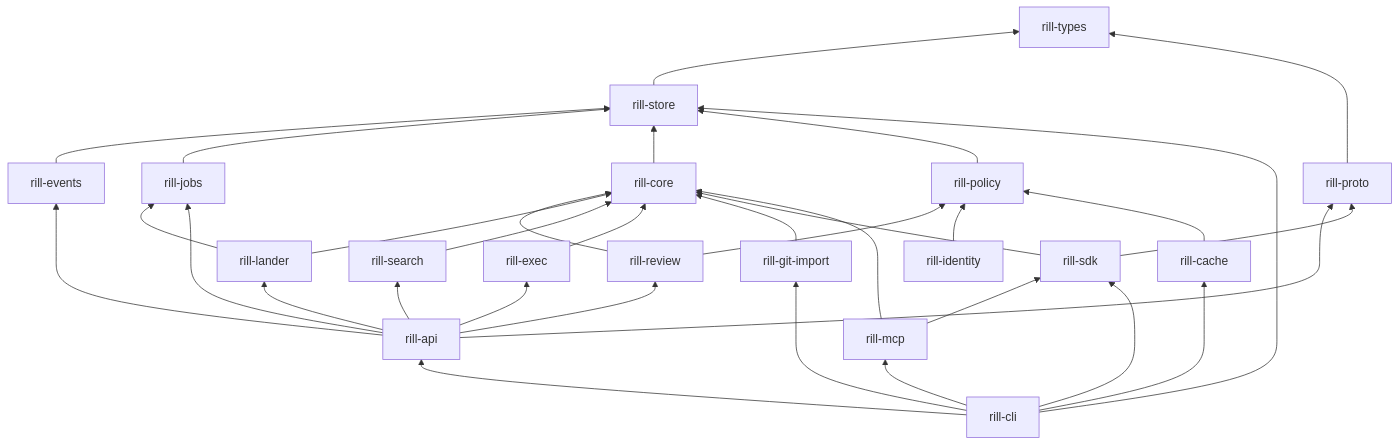
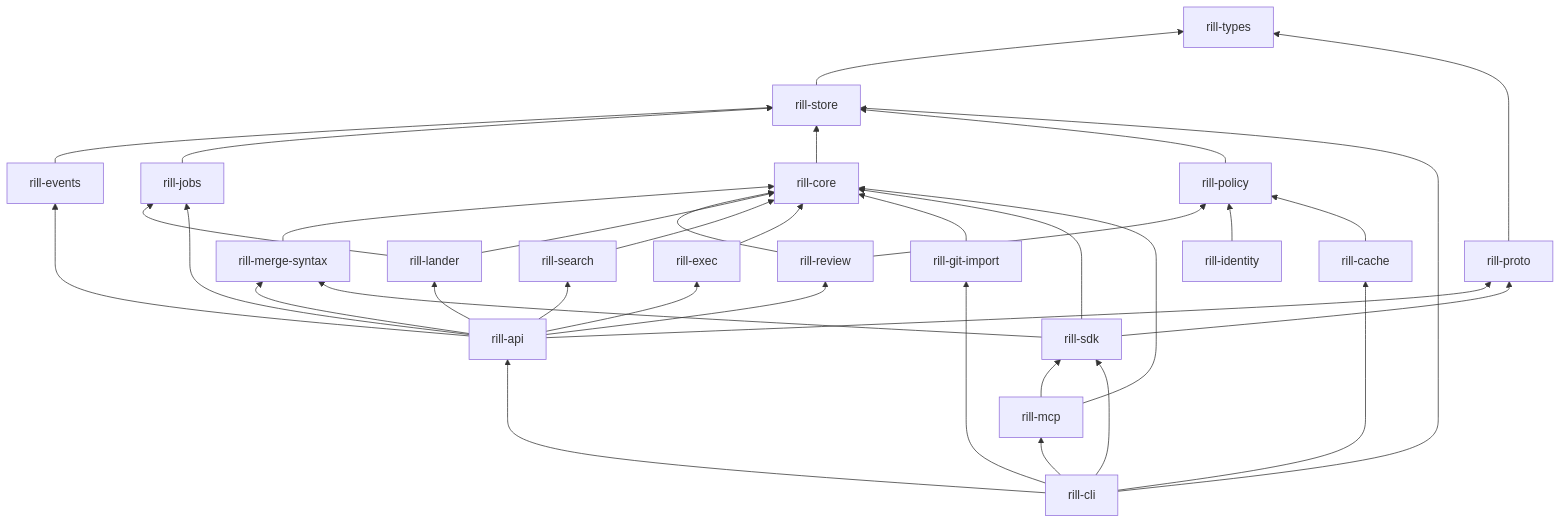
Before and after one commit to envoy1084/rill: the diagram in architecture/01-overview/crates-and-layering.md, drawn with Mermaid. The commit also changed other lines of this file and 32 other files, not shown here.

First line of the commit message:
merge: structural merge of text conflicts with weave-core

````diff
--- a/architecture/01-overview/crates-and-layering.md
+++ b/architecture/01-overview/crates-and-layering.md
@@ -41,21 +42,22 @@
 ```mermaid
 flowchart BT
   types[rill-types]
   store[rill-store] --> types
   events[rill-events] --> store
   jobs[rill-jobs] --> store
   core[rill-core] --> store
+  mergesyn[rill-merge-syntax] --> core
   policy[rill-policy] --> store
   review[rill-review] --> core & policy
   lander[rill-lander] --> core & jobs
   search[rill-search] --> core
   exec[rill-exec] --> core
   import[rill-git-import] --> core
   identity[rill-identity] --> policy
   proto[rill-proto] --> types
-  server[rill-api] --> review & lander & search & exec & proto & events & jobs
+  server[rill-api] --> review & lander & search & exec & proto & events & jobs & mergesyn
   cache[rill-cache] --> policy
-  sdk[rill-sdk] --> proto & core
+  sdk[rill-sdk] --> proto & core & mergesyn
   mcp[rill-mcp] --> sdk & core
   cli[rill-cli] --> sdk & mcp & server & cache & store & import
 ```
````
